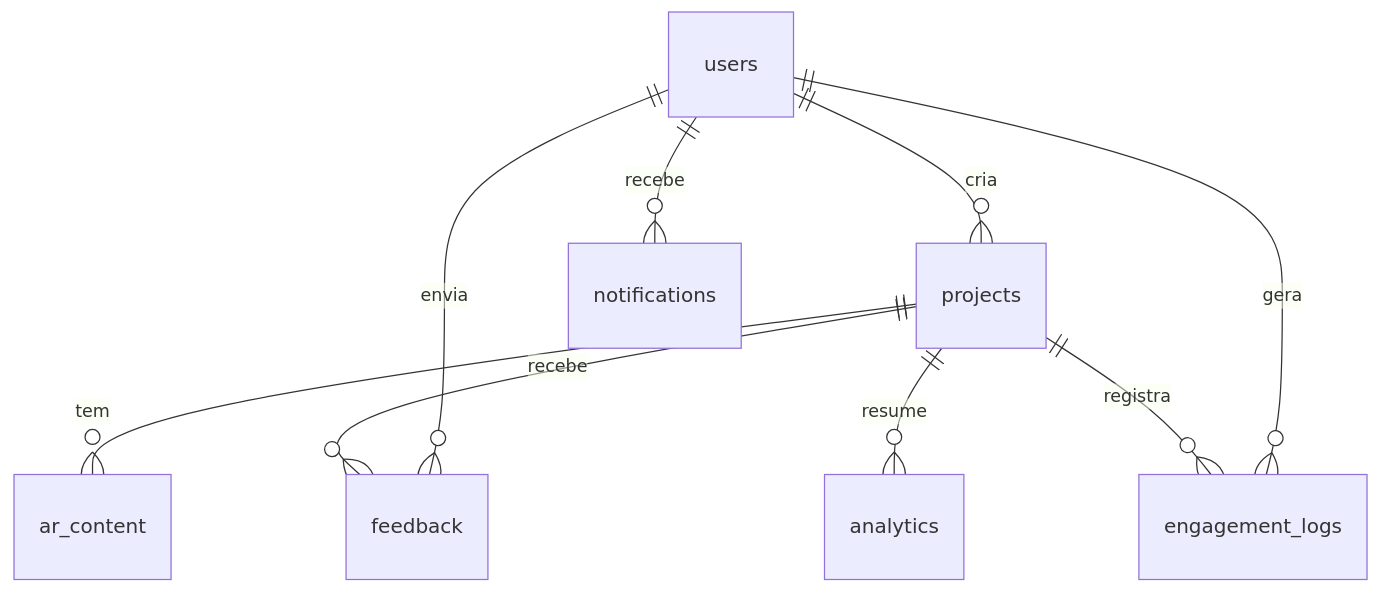
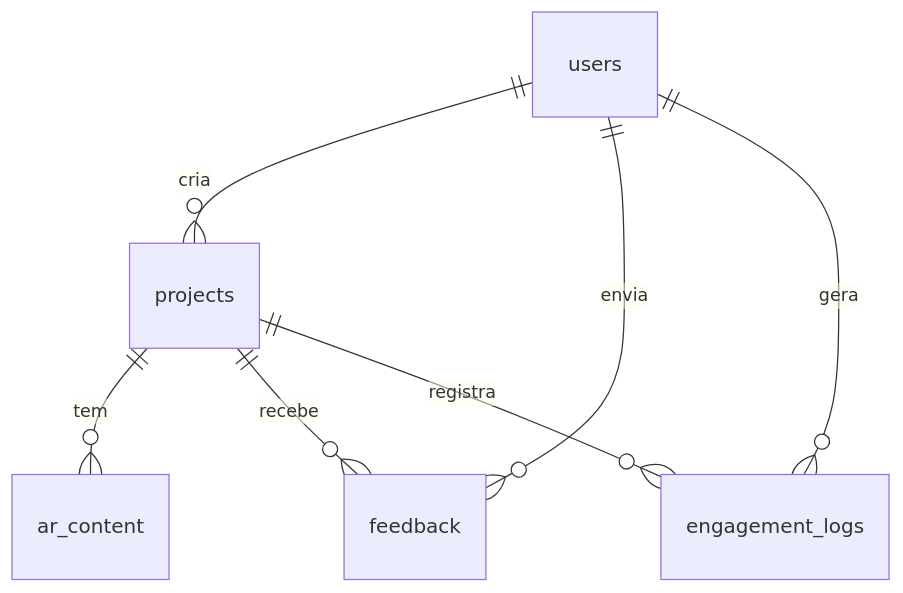
The second of 2 diagrams in website/docs/tecnico/arquitetura.md (EttoreCSenatore/varhub-client), drawn with Mermaid before and after one commit. The commit also changed other lines of this file and 375 other files, not shown here.

````diff
--- a/website/docs/tecnico/arquitetura.md
+++ b/website/docs/tecnico/arquitetura.md
@@ -55,11 +60,9 @@
 ```mermaid
 erDiagram
   users ||--o{ projects : cria
   users ||--o{ feedback : envia
   users ||--o{ engagement_logs : gera
-  users ||--o{ notifications : recebe
   projects ||--o{ ar_content : tem
   projects ||--o{ feedback : recebe
   projects ||--o{ engagement_logs : registra
-  projects ||--o{ analytics : resume
 ```
````
